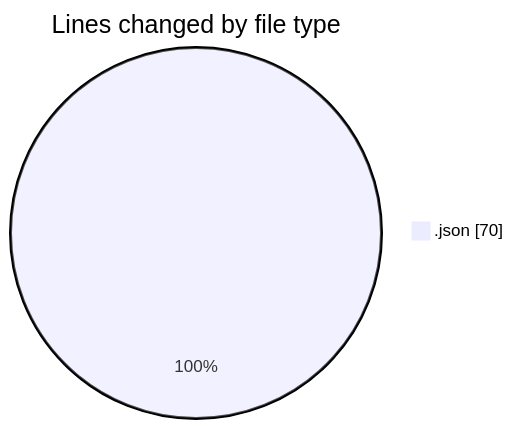
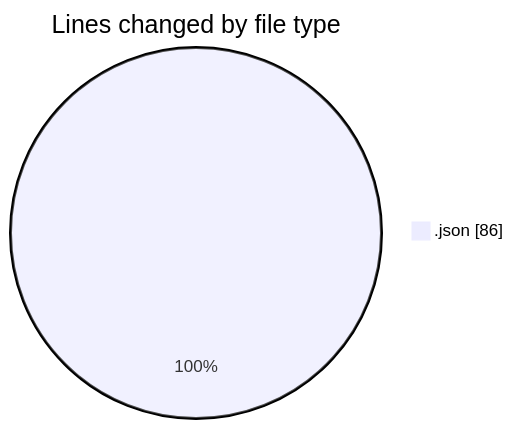
Before and after one commit to tmsrecording-cyber/code-tracking: the first of 2 diagrams in 2026-02-02/singularitybrainai/README.md, drawn with Mermaid. The commit also changed other lines of this file and 1 other file, not shown here.

````diff
--- a/2026-02-02/singularitybrainai/README.md
+++ b/2026-02-02/singularitybrainai/README.md
@@ -20,5 +20,5 @@
 ```mermaid
 pie showData
 title Lines changed by file type
-".json" : 70
+".json" : 86
 ```
````
